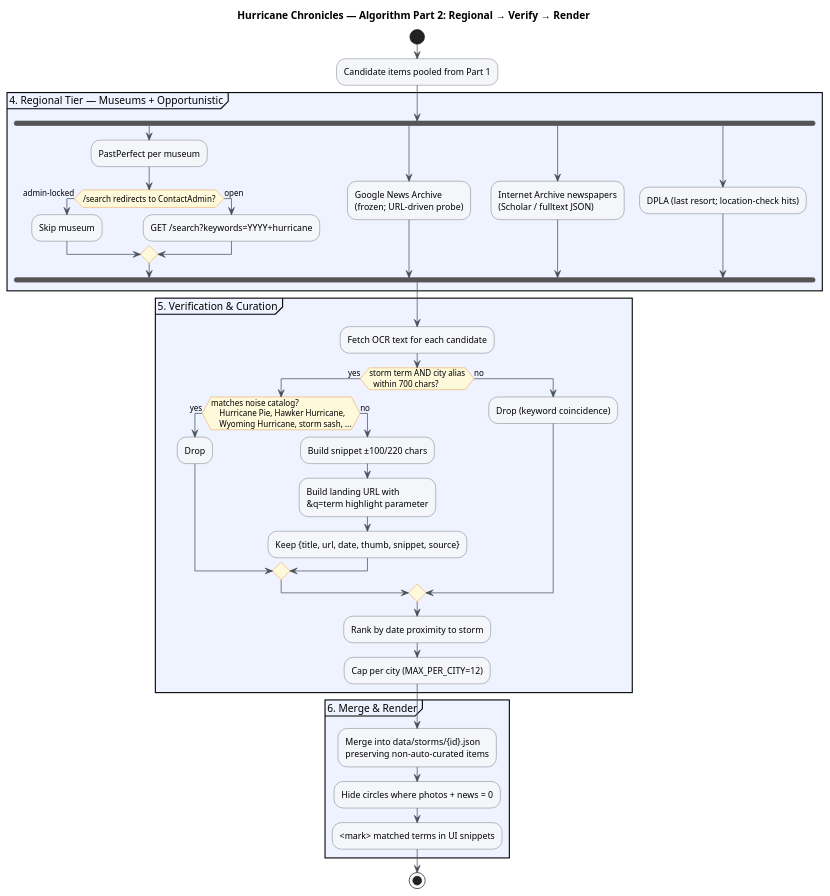
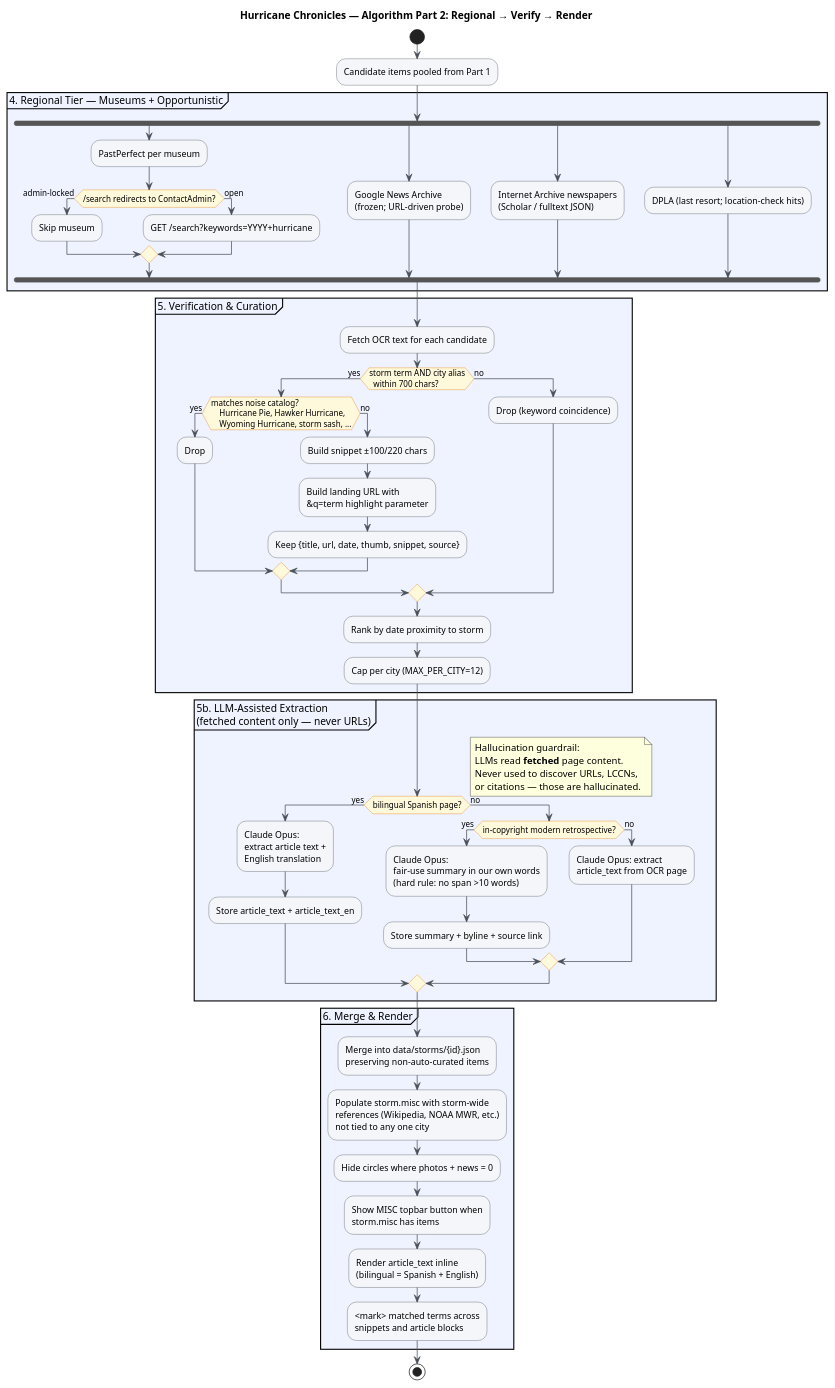
One commit to metaphorz/hurricanechronicles changed the diagram in docs/algorithm_part2.puml. Above: the diagram before and after it, drawn with PlantUML. The commit also changed 13 other files, not shown here.

First line of the commit message:
Add MISC storm-wide references bucket; roll back Palatka hallucination; document mitigation

```diff
--- a/docs/algorithm_part2.puml
+++ b/docs/algorithm_part2.puml
@@ -1,65 +1,98 @@
 @startuml algorithm_part2
 title Hurricane Chronicles — Algorithm Part 2: Regional → Verify → Render
 
 skinparam activityBackgroundColor #f5f6fa
 skinparam activityBorderColor #495057
 skinparam activityDiamondBackgroundColor #fff9db
 skinparam activityDiamondBorderColor #e67700
 skinparam partitionBackgroundColor #eef3ff
 skinparam arrowColor #495057
 skinparam shadowing false
 skinparam defaultFontName Helvetica
 
 start
 :Candidate items pooled from Part 1;
 
 partition "4. Regional Tier — Museums + Opportunistic" {
   fork
     :PastPerfect per museum;
     if (/search redirects to ContactAdmin?) then (admin-locked)
       :Skip museum;
     else (open)
       :GET /search?keywords=YYYY+hurricane;
     endif
   fork again
     :Google News Archive
     (frozen; URL-driven probe);
   fork again
     :Internet Archive newspapers
     (Scholar / fulltext JSON);
   fork again
     :DPLA (last resort; location-check hits);
   end fork
 }
 
 partition "5. Verification & Curation" {
   :Fetch OCR text for each candidate;
   if (storm term AND city alias
   within 700 chars?) then (yes)
     if (matches noise catalog?
     Hurricane Pie, Hawker Hurricane,
     Wyoming Hurricane, storm sash, ...) then (yes)
       :Drop;
     else (no)
       :Build snippet ±100/220 chars;
       :Build landing URL with
       &q=term highlight parameter;
       :Keep {title, url, date, thumb, snippet, source};
     endif
   else (no)
     :Drop (keyword coincidence);
   endif
   :Rank by date proximity to storm;
   :Cap per city (MAX_PER_CITY=12);
 }
 
+partition "5b. LLM-Assisted Extraction\n(fetched content only — never URLs)" {
+  if (bilingual Spanish page?) then (yes)
+    :Claude Opus:
+    extract article text +
+    English translation;
+    :Store article_text + article_text_en;
+  else (no)
+    if (in-copyright modern retrospective?) then (yes)
+      :Claude Opus:
+      fair-use summary in our own words
+      (hard rule: no span >10 words);
+      :Store summary + byline + source link;
+    else (no)
+      :Claude Opus: extract
+      article_text from OCR page;
+    endif
+  endif
+  note right
+    Hallucination guardrail:
+    LLMs read **fetched** page content.
+    Never used to discover URLs, LCCNs,
+    or citations — those are hallucinated.
+  end note
+}
+
 partition "6. Merge & Render" {
   :Merge into data/storms/{id}.json
   preserving non-auto-curated items;
+  :Populate storm.misc with storm-wide
+  references (Wikipedia, NOAA MWR, etc.)
+  not tied to any one city;
   :Hide circles where photos + news = 0;
-  :<mark> matched terms in UI snippets;
+  :Show MISC topbar button when
+  storm.misc has items;
+  :Render article_text inline
+  (bilingual = Spanish + English);
+  :<mark> matched terms across
+  snippets and article blocks;
 }
 
 stop
 
 @enduml
```
